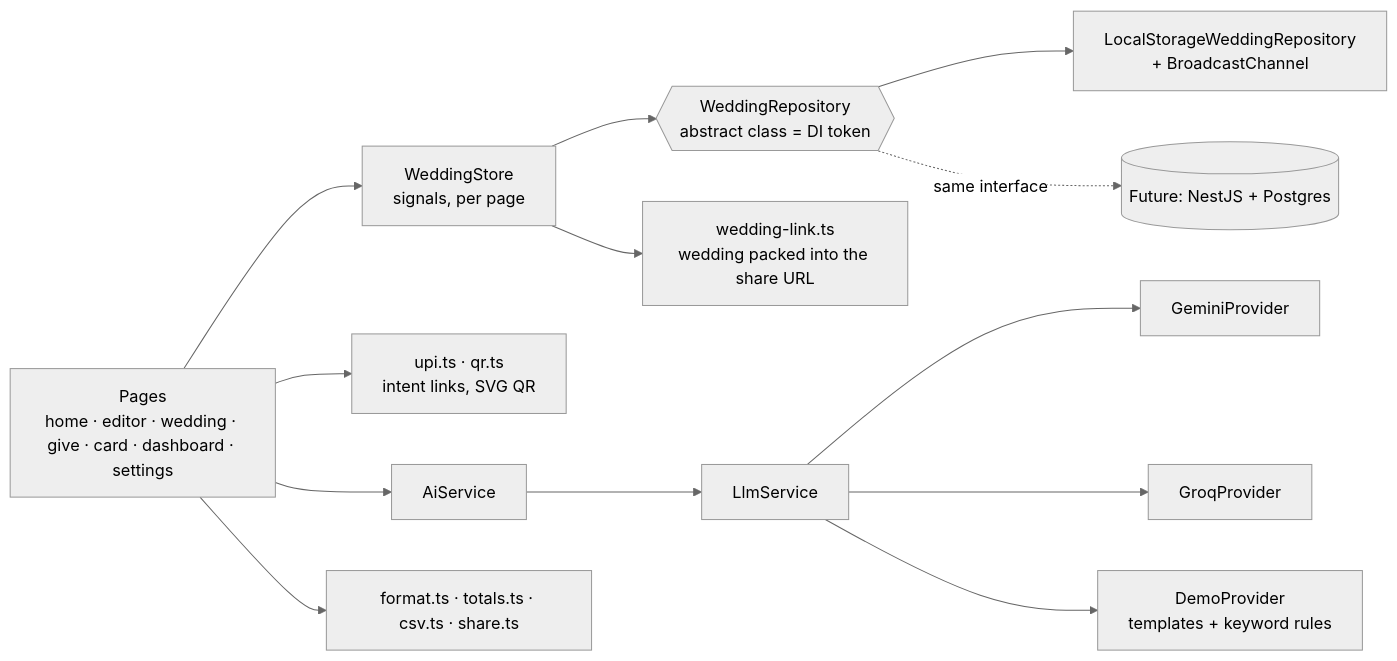
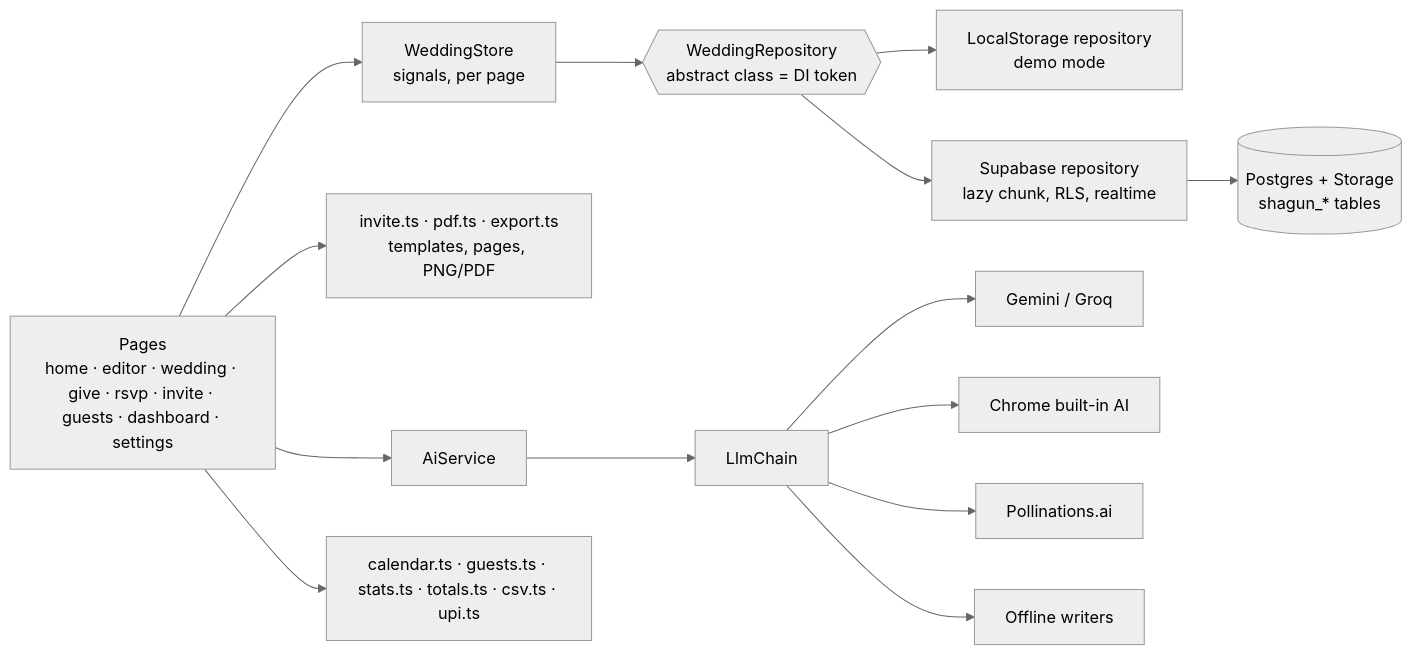
One commit to Konicamaheshwarii/gathbandhan changed the diagram in README.md. Above: the diagram before and after it, drawn with Mermaid (neutral theme). The commit also changed other lines of this file and 28 other files, not shown here.

````diff
--- a/README.md
+++ b/README.md
@@ -45,15 +123,16 @@
 ```mermaid
 flowchart LR
-    UI[Pages<br/>home · editor · wedding · give · card · dashboard · settings] --> Store[WeddingStore<br/>signals, per page]
+    UI[Pages<br/>home · editor · wedding · give · rsvp · invite · guests · dashboard · settings] --> Store[WeddingStore<br/>signals, per page]
     Store --> Repo{{WeddingRepository<br/>abstract class = DI token}}
-    Repo --> LS[LocalStorageWeddingRepository<br/>+ BroadcastChannel]
-    Repo -. same interface .-> API[(Future: NestJS + Postgres)]
-    Store --> Link[wedding-link.ts<br/>wedding packed into the share URL]
-    UI --> UPI[upi.ts · qr.ts<br/>intent links, SVG QR]
+    Repo --> LS[LocalStorage repository<br/>demo mode]
+    Repo --> SB[Supabase repository<br/>lazy chunk, RLS, realtime]
+    SB --> PG[(Postgres + Storage<br/>shagun_* tables)]
+    UI --> Invite[invite.ts · pdf.ts · export.ts<br/>templates, pages, PNG/PDF]
     UI --> AI[AiService]
-    AI --> LLM[LlmService]
-    LLM --> Gemini[GeminiProvider]
-    LLM --> Groq[GroqProvider]
-    LLM --> Demo[DemoProvider<br/>templates + keyword rules]
-    UI --> Pure[format.ts · totals.ts · csv.ts · share.ts]
+    AI --> Chain[LlmChain]
+    Chain --> BYO[Gemini / Groq]
+    Chain --> Nano[Chrome built-in AI]
+    Chain --> Poll[Pollinations.ai]
+    Chain --> Offline[Offline writers]
+    UI --> Pure[calendar.ts · guests.ts · stats.ts · totals.ts · csv.ts · upi.ts]
 ```
````
